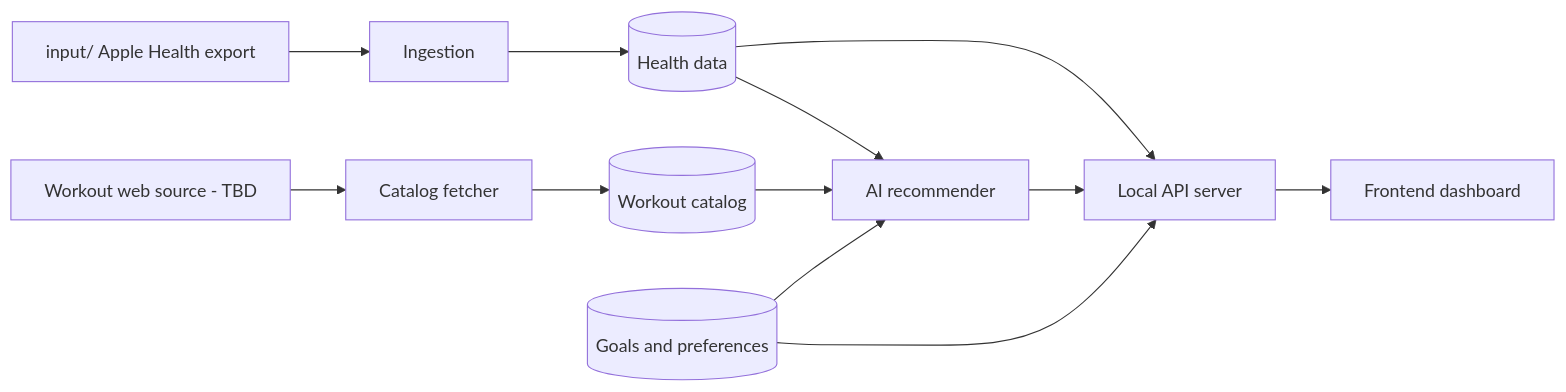
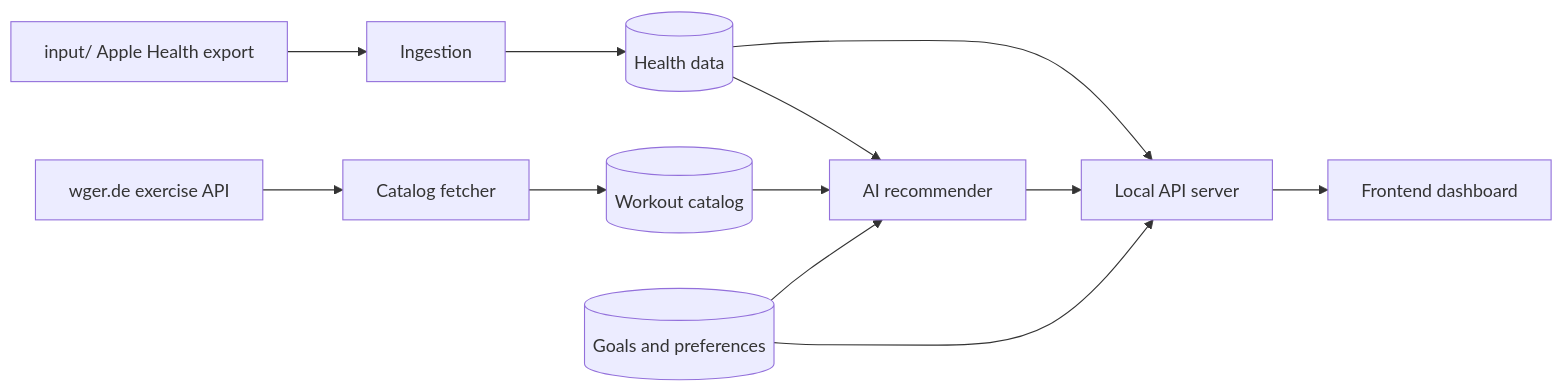
One commit to hpadilla64/fitnessTracker changed the diagram in docs/PROJECT_GOALS.md. Above: the diagram before and after it, drawn with Mermaid. The commit also changed other lines of this file and 22 other files, not shown here.

First line of the commit message:
Workout catalog from wger.de (roadmap step 4) + routine day-count fix (#4)

````diff
--- a/docs/PROJECT_GOALS.md
+++ b/docs/PROJECT_GOALS.md
@@ -54,12 +54,12 @@
 ```mermaid
 flowchart LR
   IN[input/ Apple Health export] --> ING[Ingestion] --> DATA[(Health data)]
-  WEB[Workout web source - TBD] --> FET[Catalog fetcher] --> CAT[(Workout catalog)]
+  WEB[wger.de exercise API] --> FET[Catalog fetcher] --> CAT[(Workout catalog)]
   DATA --> AI[AI recommender]
   CAT --> AI
   GOAL[(Goals and preferences)] --> AI
   DATA --> API[Local API server]
   AI --> API
   GOAL --> API
   API --> FE[Frontend dashboard]
 ```
````
